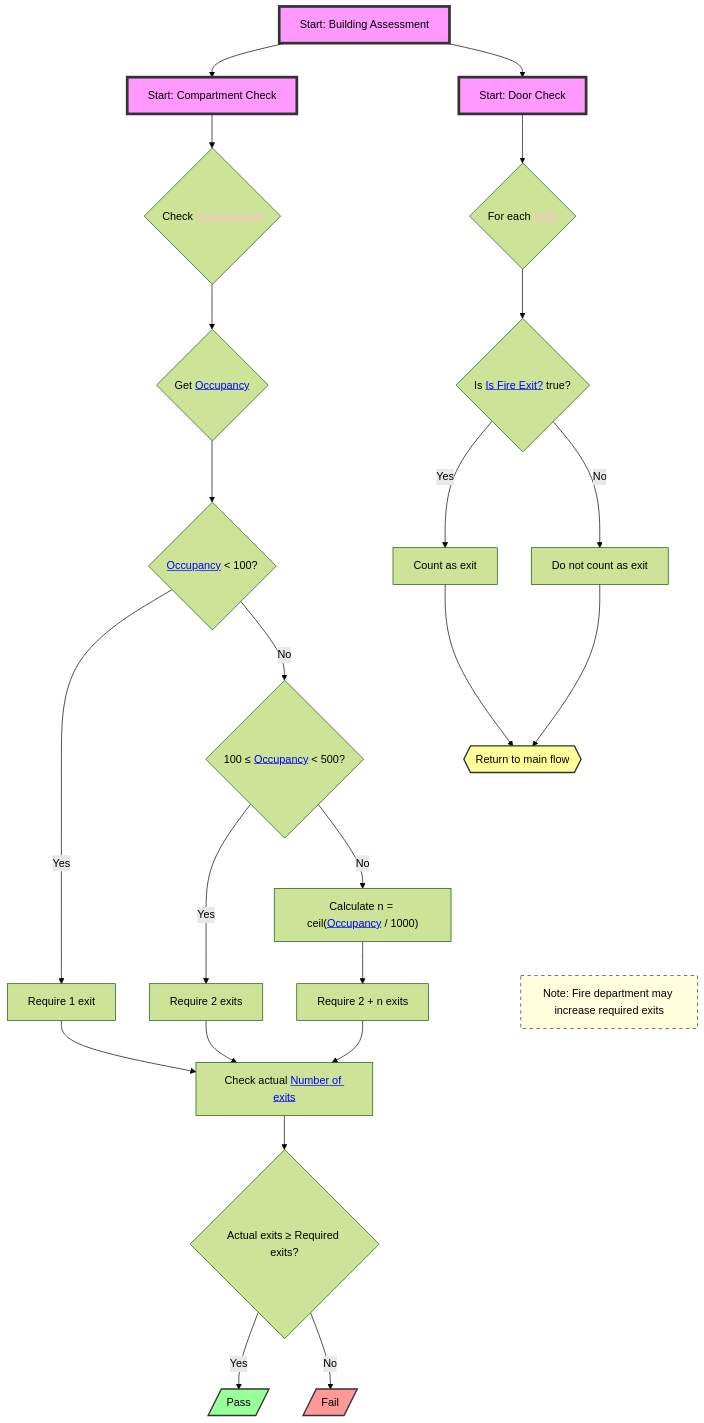
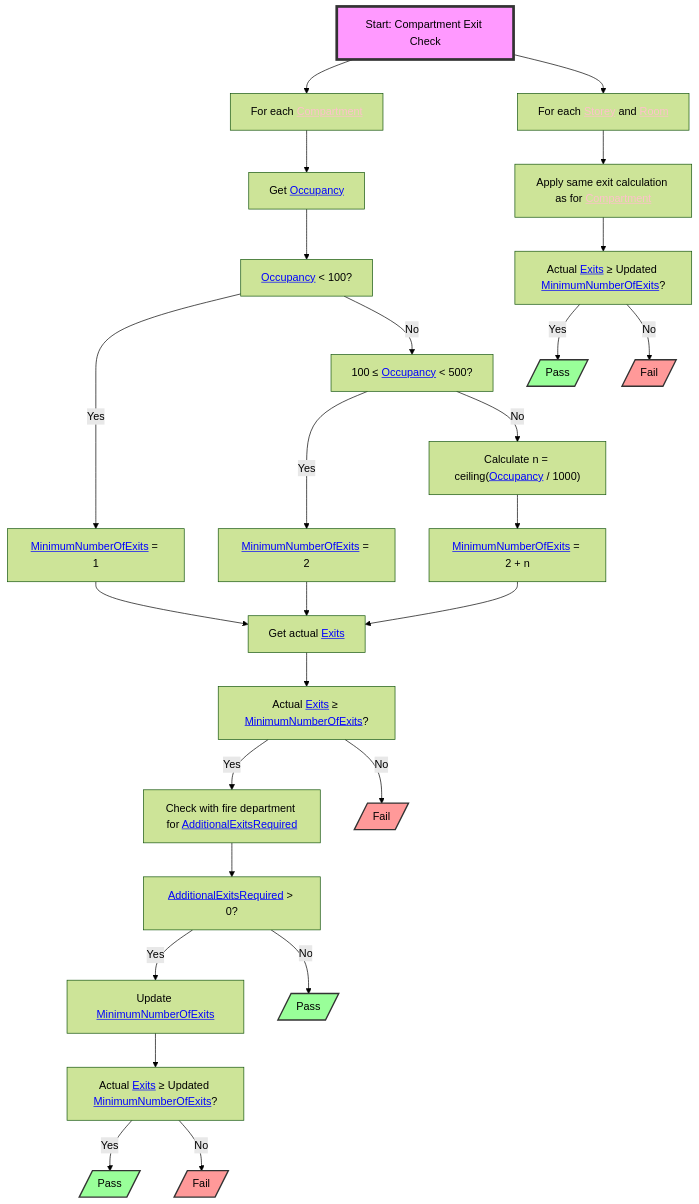
One commit to CedricDriesen92/RulebookProcessing changed the diagram in trainingsamplesRuleToMMD/section_2_2_1.mmd. Above: the diagram before and after it, drawn with Mermaid (forest theme). The commit also changed 24 other files, not shown here.

```diff
--- a/trainingsamplesRuleToMMD/section_2_2_1.mmd
+++ b/trainingsamplesRuleToMMD/section_2_2_1.mmd
@@ -1,35 +1,36 @@
 flowchart TD
-    A["Start: Building Assessment"] --> S1["Start: Compartment Check"] & S2["Start: Door Check"]
-    S1 --> B{"Check <a href="http://example.com/firebimbuilding#Compartment" style="color:pink;">Compartment</a>"}
-    B --> C{"Get <a href="http://example.com/firebimbuilding#Occupancy" style="color:blue;">Occupancy</a>"}
-    C --> D{"<a href="http://example.com/firebimbuilding#Occupancy" style="color:blue;">Occupancy</a> &lt; 100?"}
-    D -- Yes --> E["Require 1 exit"]
-    D -- No --> F{"100 ≤ <a href="http://example.com/firebimbuilding#Occupancy" style="color:blue;">Occupancy</a> &lt; 500?"}
-    F -- Yes --> G["Require 2 exits"]
-    F -- No --> I["Calculate n = ceil(<a href="http://example.com/firebimbuilding#Occupancy" style="color:blue;">Occupancy</a> / 1000)"]
-    I --> J["Require 2 + n exits"]
-    E --> L["Check actual <a href="http://example.com/firebimbuilding#NumberOfExits" style="color:blue;">Number of exits</a>"]
-    G --> L
-    J --> L
-    L --> M{"Actual exits ≥ Required exits?"}
-    M -- Yes --> N[/"Pass"/]
-    M -- No --> O[/"Fail"/]
-    S2 --> T{"For each <a href="http://example.com/firebimbuilding#Door" style="color:pink;">Door</a>"}
-    T --> U{"Is <a href="http://example.com/firebimbuilding#IsFireExit" style="color:blue;">Is Fire Exit?</a> true?"}
-    U -- Yes --> V["Count as exit"]
-    U -- No --> W["Do not count as exit"]
-    V --> X{{"Return to main flow"}}
-    W --> X
-    P["Note: Fire department may increase required exits"] ~~~ L
-     A:::startClass
-     S1:::startClass
-     S2:::startClass
-     N:::passClass
-     O:::failClass
-     X:::redirectClass
-     P:::noteClass
+    S1["Start: Compartment Exit Check"] --> A["For each <a href='http://example.com/firebimbuilding#Compartment' style='color:pink;'>Compartment</a>"]
+    A --> B["Get <a href='http://example.com/firebimbuilding#Occupancy' style='color:blue;'>Occupancy</a>"]
+    B --> C["<a href='http://example.com/firebimbuilding#Occupancy' style='color:blue;'>Occupancy</a> < 100?"]
+    C -- Yes --> D["<a href='http://example.com/firebimbuilding#MinimumNumberOfExits' style='color:blue;'>MinimumNumberOfExits</a> = 1"]
+    C -- No --> E["100 ≤ <a href='http://example.com/firebimbuilding#Occupancy' style='color:blue;'>Occupancy</a> < 500?"]
+    E -- Yes --> F["<a href='http://example.com/firebimbuilding#MinimumNumberOfExits' style='color:blue;'>MinimumNumberOfExits</a> = 2"]
+    E -- No --> G["Calculate n = ceiling(<a href='http://example.com/firebimbuilding#Occupancy' style='color:blue;'>Occupancy</a> / 1000)"]
+    G --> H["<a href='http://example.com/firebimbuilding#MinimumNumberOfExits' style='color:blue;'>MinimumNumberOfExits</a> = 2 + n"]
+    D & F & H --> I["Get actual <a href='http://example.com/firebimbuilding#Exits' style='color:blue;'>Exits</a>"]
+    I --> J["Actual <a href='http://example.com/firebimbuilding#Exits' style='color:blue;'>Exits</a> ≥ <a href='http://example.com/firebimbuilding#MinimumNumberOfExits' style='color:blue;'>MinimumNumberOfExits</a>?"]
+    J -- Yes --> K["Check with fire department for <a href='http://example.com/firebimbuilding#AdditionalExitsRequired' style='color:blue;'>AdditionalExitsRequired</a>"]
+    J -- No --> L[/"Fail"/]
+    K --> M["<a href='http://example.com/firebimbuilding#AdditionalExitsRequired' style='color:blue;'>AdditionalExitsRequired</a> > 0?"]
+    M -- Yes --> N["Update <a href='http://example.com/firebimbuilding#MinimumNumberOfExits' style='color:blue;'>MinimumNumberOfExits</a>"]
+    N --> O["Actual <a href='http://example.com/firebimbuilding#Exits' style='color:blue;'>Exits</a> ≥ Updated <a href='http://example.com/firebimbuilding#MinimumNumberOfExits' style='color:blue;'>MinimumNumberOfExits</a>?"]
+    O -- Yes --> P[/"Pass"/]
+    O -- No --> Q[/"Fail"/]
+    M -- No --> R[/"Pass"/]
+    S1 --> S["For each <a href='http://example.com/firebimbuilding#Storey' style='color:pink;'>Storey</a> and <a href='http://example.com/firebimbuilding#Room' style='color:pink;'>Room</a>"]
+    S --> T["Apply same exit calculation as for <a href='http://example.com/firebimbuilding#Compartment' style='color:pink;'>Compartment</a>"]
+    T --> U["Actual <a href='http://example.com/firebimbuilding#Exits' style='color:blue;'>Exits</a> ≥ Updated <a href='http://example.com/firebimbuilding#MinimumNumberOfExits' style='color:blue;'>MinimumNumberOfExits</a>?"]
+    U -- Yes --> V[/"Pass"/]
+    U -- No --> W[/"Fail"/]
+
+    S1:::startClass
+    L:::failClass
+    P:::passClass
+    Q:::failClass
+    R:::passClass
+    V:::passClass
+    W:::failClass
+
     classDef startClass fill:#f9f,stroke:#333,stroke-width:4px
     classDef passClass fill:#9f9,stroke:#333,stroke-width:2px
     classDef failClass fill:#f99,stroke:#333,stroke-width:2px
-    classDef redirectClass fill:#ff9,stroke:#333,stroke-width:2px
-    classDef noteClass fill:#ffd,stroke:#333,stroke-width:1px,stroke-dasharray: 5 5
```
